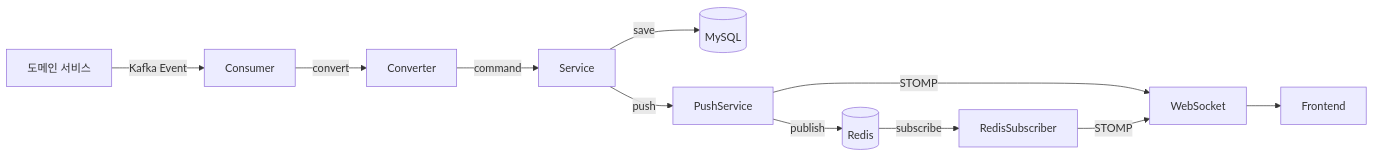
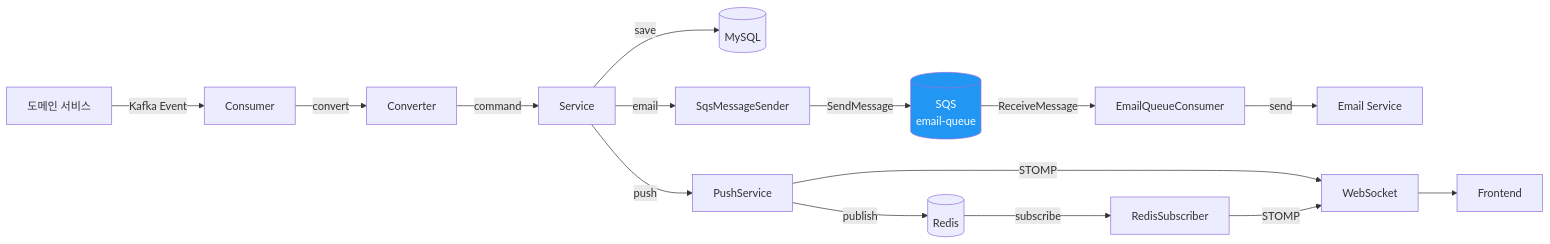
One commit to L-a-z-e/portal-universe changed the first of 10 diagrams in docs/architecture/notification-service/data-flow.md. Above: the diagram before and after it, drawn with Mermaid. The commit also changed other lines of this file and 18 other files, not shown here.

````diff
--- a/docs/architecture/notification-service/data-flow.md
+++ b/docs/architecture/notification-service/data-flow.md
@@ -31,13 +33,19 @@
 ```mermaid
 graph LR
     A[도메인 서비스] -->|Kafka Event| B[Consumer]
     B -->|convert| C[Converter]
     C -->|command| D[Service]
     D -->|save| E[(MySQL)]
     D -->|push| F[PushService]
+    D -->|email| SQS_S[SqsMessageSender]
+    SQS_S -->|SendMessage| SQS[(SQS<br/>email-queue)]
+    SQS -->|ReceiveMessage| SQS_C[EmailQueueConsumer]
+    SQS_C -->|send| EMAIL[Email Service]
     F -->|STOMP| G[WebSocket]
     F -->|publish| H[(Redis)]
     H -->|subscribe| I[RedisSubscriber]
     I -->|STOMP| G
     G --> J[Frontend]
+
+    style SQS fill:#2196F3,color:#fff
 ```
````
